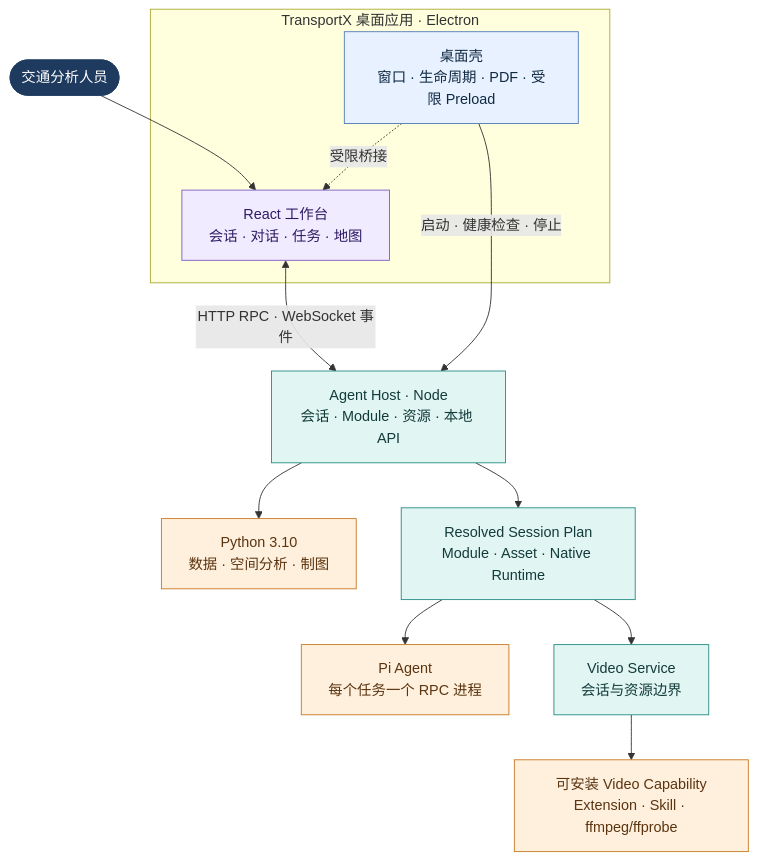
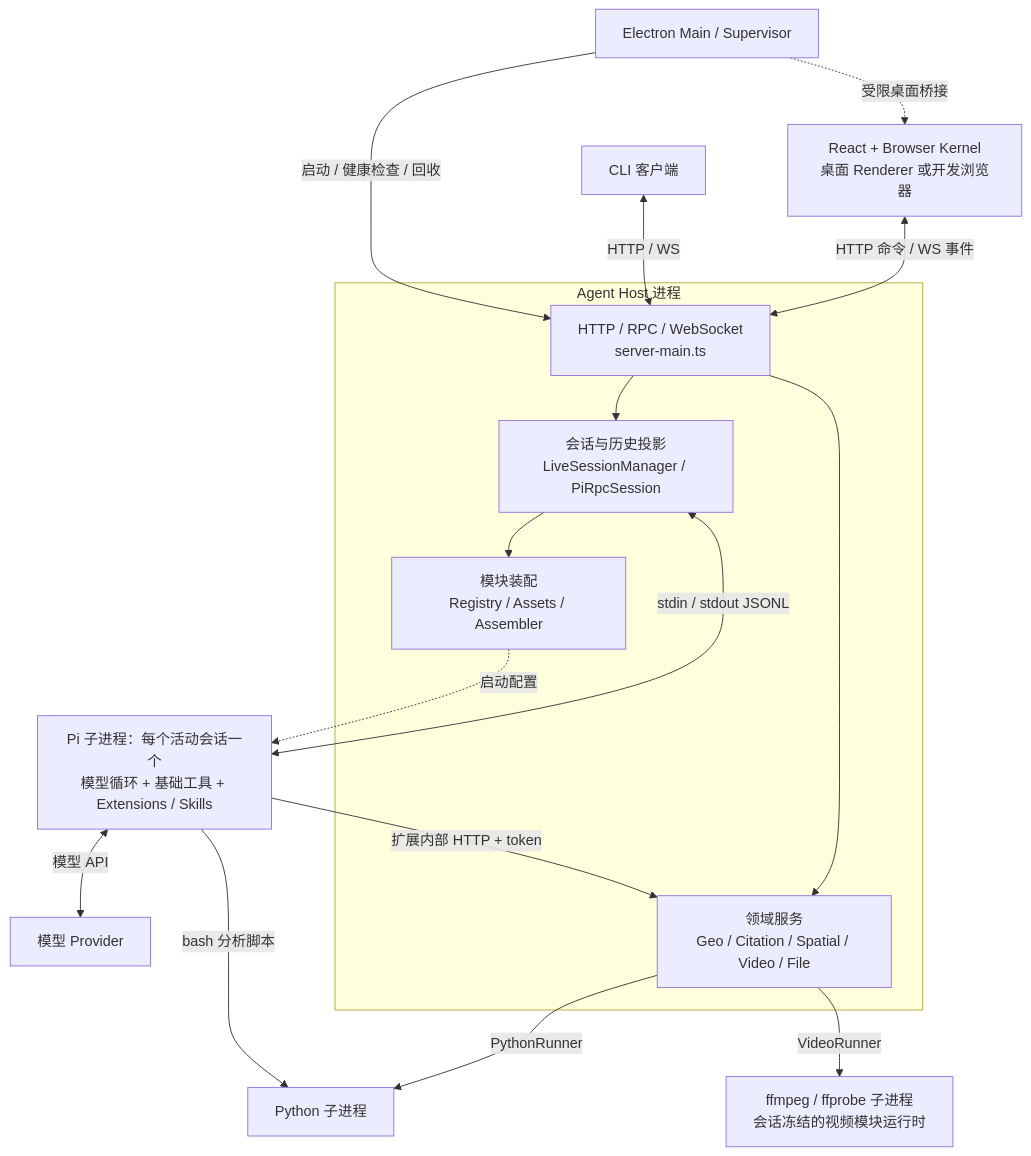
Before and after one commit to Ran2424/transportx-agent: the first of 5 diagrams in docs/ARCHITECTURE.md, drawn with Mermaid. The commit also changed other lines of this file and 11 other files, not shown here.

Commit message:
docs: refresh product overview and architecture

````diff
--- a/docs/ARCHITECTURE.md
+++ b/docs/ARCHITECTURE.md
@@ -41,29 +45,30 @@
 ```mermaid
 flowchart TB
-  user([交通分析人员]) --> workspace["React 工作台<br/>会话 · 对话 · 任务 · 地图"]
-
-  subgraph desktop["TransportX 桌面应用 · Electron"]
-    main["桌面壳<br/>窗口 · 生命周期 · PDF · 受限 Preload"]
-    workspace
-    main -. 受限桥接 .-> workspace
+  main["Electron Main / Supervisor"]
+  ui["React + Browser Kernel<br/>桌面 Renderer 或开发浏览器"]
+  cli["CLI 客户端"]
+  subgraph hostProcess["Agent Host 进程"]
+    api["HTTP / RPC / WebSocket<br/>server-main.ts"]
+    sessions["会话与历史投影<br/>LiveSessionManager / PiRpcSession"]
+    assembly["模块装配<br/>Registry / Assets / Assembler"]
+    services["领域服务<br/>Geo / Citation / Spatial / Video / File"]
+    api --> sessions
+    sessions --> assembly
+    api --> services
   end
-
-  workspace <--> |HTTP RPC · WebSocket 事件| host["Agent Host · Node<br/>会话 · Module · 资源 · 本地 API"]
-  main -->|启动 · 健康检查 · 停止| host
-  host --> python["Python 3.10<br/>数据 · 空间分析 · 制图"]
-  host --> plan["Resolved Session Plan<br/>Module · Asset · Native Runtime"]
-  plan --> pi["Pi Agent<br/>每个任务一个 RPC 进程"]
-  plan --> video["Video Service<br/>会话与资源边界"]
-  video --> videoModule["可安装 Video Capability<br/>Extension · Skill · ffmpeg/ffprobe"]
-
-  classDef user fill:#1e3a5f,stroke:#1e3a5f,color:#fff;
-  classDef desktop fill:#e8f1ff,stroke:#4f7db8,color:#102a43;
-  classDef workspace fill:#f0ebff,stroke:#7c5cc4,color:#2f1b63;
-  classDef platform fill:#e1f5f2,stroke:#278c85,color:#123b3a;
-  classDef runtime fill:#fff0dd,stroke:#c87821,color:#5b3410;
-  class user user;
-  class main desktop;
-  class workspace workspace;
-  class host,plan,video platform;
-  class pi,python,videoModule runtime;
+  pi["Pi 子进程：每个活动会话一个<br/>模型循环 + 基础工具 + Extensions / Skills"]
+  model["模型 Provider"]
+  python["Python 子进程"]
+  video["ffmpeg / ffprobe 子进程<br/>会话冻结的视频模块运行时"]
+  main -->|启动 / 健康检查 / 回收| api
+  main -.->|受限桌面桥接| ui
+  ui <-->|HTTP 命令 / WS 事件| api
+  cli <-->|HTTP / WS| api
+  sessions <-->|stdin / stdout JSONL| pi
+  assembly -.->|启动配置| pi
+  pi <-->|模型 API| model
+  pi -->|扩展内部 HTTP + token| services
+  pi -->|bash 分析脚本| python
+  services -->|PythonRunner| python
+  services -->|VideoRunner| video
 ```
````
